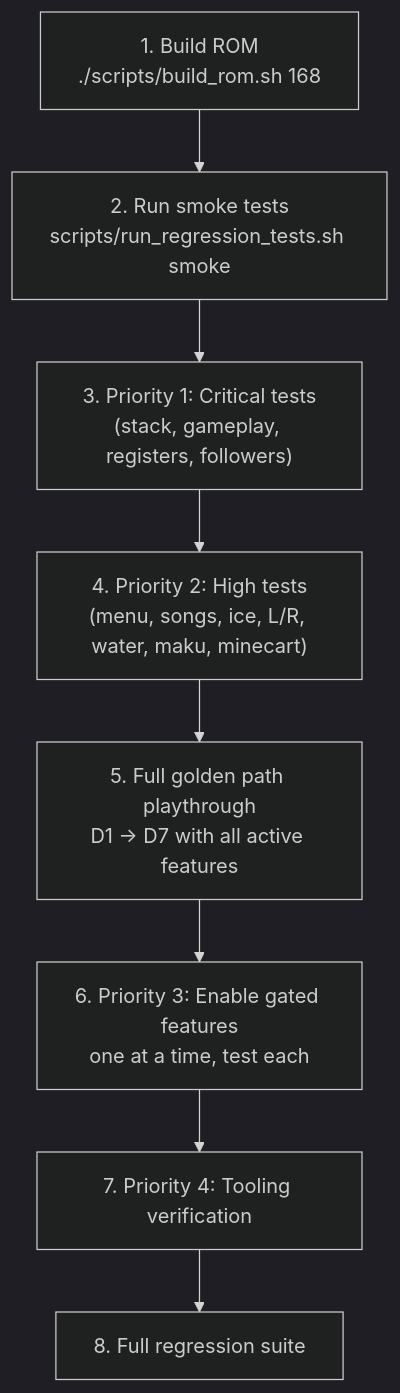
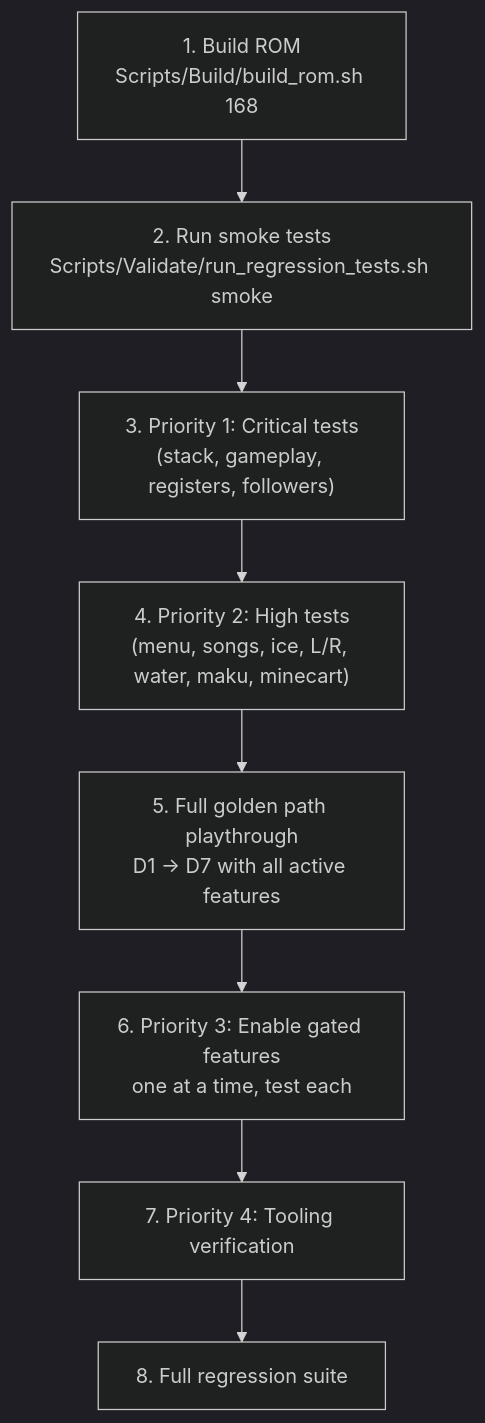
The third of 3 diagrams in Docs/Analysis/07_ai_lineage_regression.md (scawful/Oracle-of-Secrets), drawn with Mermaid (dark theme) before and after one commit. The commit also changed other lines of this file and 48 other files, not shown here.

````diff
--- a/Docs/Analysis/07_ai_lineage_regression.md
+++ b/Docs/Analysis/07_ai_lineage_regression.md
@@ -210,10 +210,10 @@
 ```mermaid
 flowchart TD
-    BUILD["1. Build ROM<br/>./scripts/build_rom.sh 168"] --> SMOKE["2. Run smoke tests<br/>scripts/run_regression_tests.sh smoke"]
+    BUILD["1. Build ROM<br/>Scripts/Build/build_rom.sh 168"] --> SMOKE["2. Run smoke tests<br/>Scripts/Validate/run_regression_tests.sh smoke"]
     SMOKE --> P1["3. Priority 1: Critical tests<br/>(stack, gameplay, registers, followers)"]
     P1 --> P2["4. Priority 2: High tests<br/>(menu, songs, ice, L/R, water, maku, minecart)"]
     P2 --> GOLDEN["5. Full golden path playthrough<br/>D1 → D7 with all active features"]
     GOLDEN --> P3["6. Priority 3: Enable gated features<br/>one at a time, test each"]
     P3 --> P4["7. Priority 4: Tooling verification"]
     P4 --> FULL["8. Full regression suite"]
 ```
````
